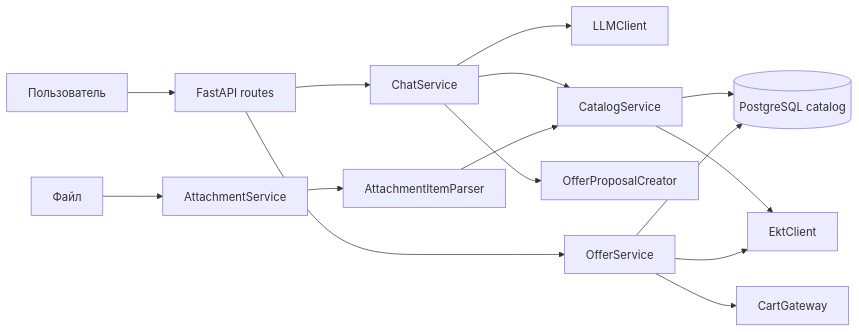
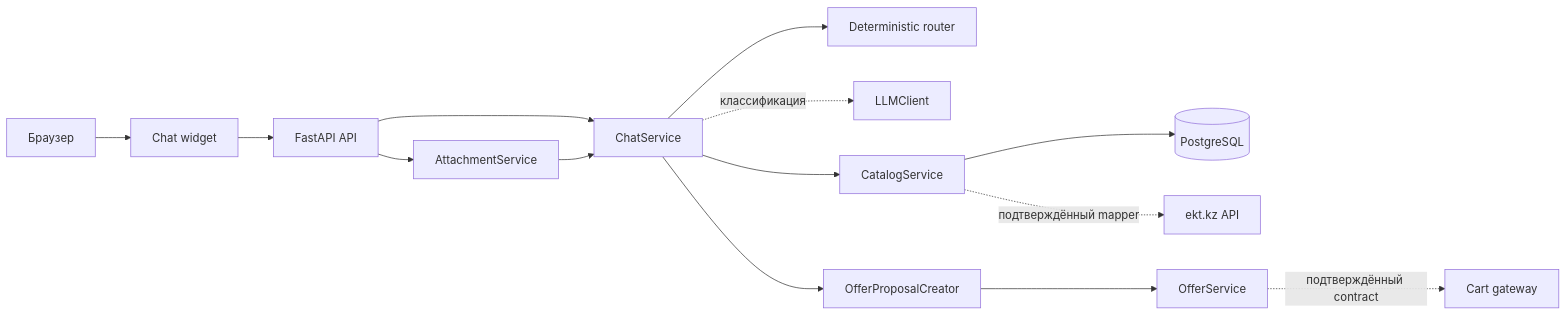
The first of 2 diagrams in README.md (BAITC-Hacks/hack-4cfe9779-k14), drawn with Mermaid before and after one commit. The commit also changed other lines of this file, not shown here.

````diff
--- a/README.md
+++ b/README.md
@@ -20,17 +63,18 @@
 ```mermaid
 flowchart LR
-    User[Пользователь] --> API[FastAPI routes]
-    API --> Chat[ChatService]
-    Chat --> LLM[LLMClient]
-    Chat --> Catalog[CatalogService]
-    Chat --> Proposal[OfferProposalCreator]
-    Upload[Файл] --> Attachment[AttachmentService]
-    Attachment --> Parser[AttachmentItemParser]
-    Parser --> Catalog
-    Catalog --> DB[(PostgreSQL catalog)]
-    Catalog --> EKT[EktClient]
-    API --> Offer[OfferService]
-    Offer --> EKT
-    Offer --> Cart[CartGateway]
-    Offer --> DB
+    Browser["Браузер"] --> Widget["Chat widget"]
+    Widget --> API["FastAPI API"]
+
+    API --> Chat["ChatService"]
+    Chat --> Router["Deterministic router"]
+    Chat -. классификация .-> LLM["LLMClient"]
+    Chat --> Catalog["CatalogService"]
+    Chat --> Offers["OfferProposalCreator"]
+
+    API --> Attachments["AttachmentService"]
+    Attachments --> Chat
+    Catalog --> Database[("PostgreSQL")]
+    Catalog -. подтверждённый mapper .-> EKT["ekt.kz API"]
+    Offers --> OfferService["OfferService"]
+    OfferService -. подтверждённый contract .-> Cart["Cart gateway"]
 ```
````
